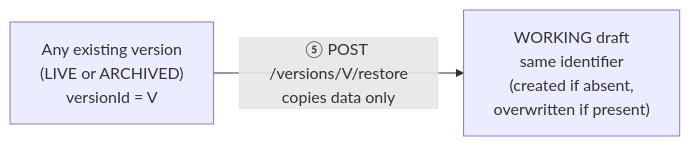
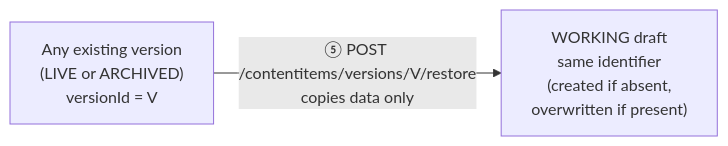
Before and after one commit to PaulDMooney/Contented_Java: the third of 7 diagrams in docs/content-model.md, drawn with Mermaid. The commit also changed other lines of this file and 1 other file, not shown here.

First line of the commit message:
docs: polish content-model.md (invariants, full paths, DTO usage) and mark roadmap item 5 in review

````diff
--- a/docs/content-model.md
+++ b/docs/content-model.md
@@ -132,7 +150,7 @@
 ```mermaid
 flowchart LR
     S["Any existing version\n(LIVE or ARCHIVED)\nversionId = V"]
     W["WORKING draft\nsame identifier\n(created if absent,\noverwritten if present)"]
 
-    S -- "⑤ POST /versions/V/restore\ncopies data only" --> W
+    S -- "⑤ POST /contentitems/versions/V/restore\ncopies data only" --> W
 ```
````
